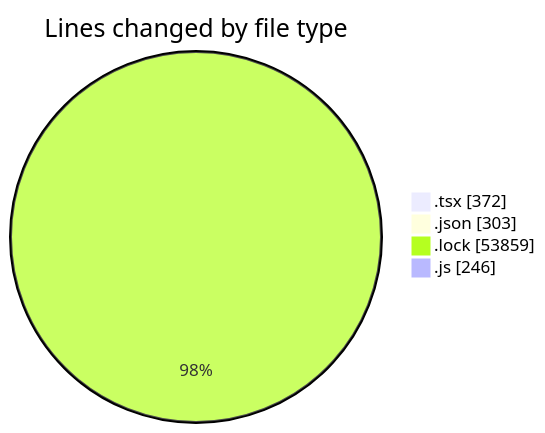
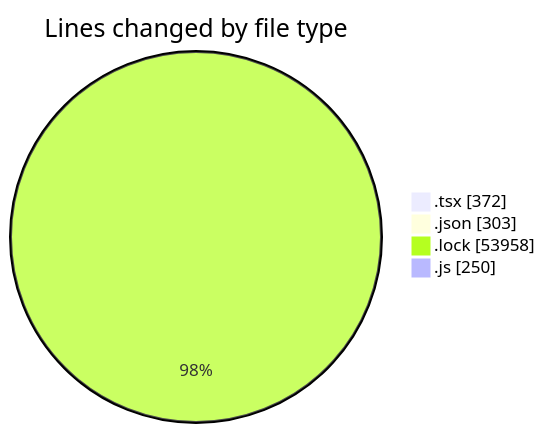
One commit to momahboobian/code-tracking changed the first of 2 diagrams in 2025-03-10/cda/README.md. Above: the diagram before and after it, drawn with Mermaid. The commit also changed other lines of this file and 1 other file, not shown here.

````diff
--- a/2025-03-10/cda/README.md
+++ b/2025-03-10/cda/README.md
@@ -31,8 +31,8 @@
 ```mermaid
 pie showData
 title Lines changed by file type
 ".tsx" : 372
 ".json" : 303
-".lock" : 53859
-".js" : 246
+".lock" : 53958
+".js" : 250
 ```
````
